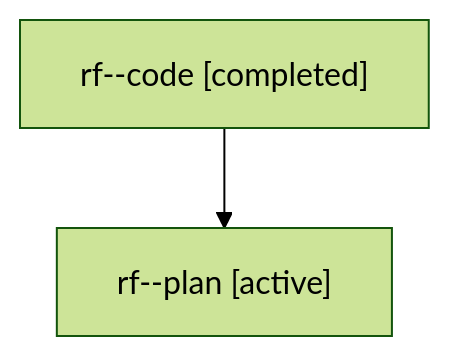
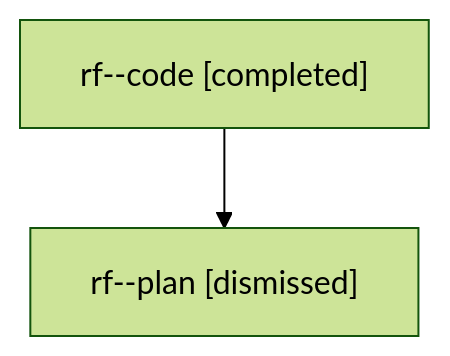
The diagram in sessions/bbugyi200.athena.rf.md (sase-org/sase--agents), drawn with Mermaid (forest theme) before and after one commit. The commit also changed other lines of this file and 106 other files, not shown here.

````diff
--- a/sessions/bbugyi200.athena.rf.md
+++ b/sessions/bbugyi200.athena.rf.md
@@ -9,6 +9,6 @@
 ```mermaid
 flowchart TD
   n0["rf--code [completed]"]
-  n1["rf--plan [active]"]
+  n1["rf--plan [dismissed]"]
   n0 --> n1
 ```
````
